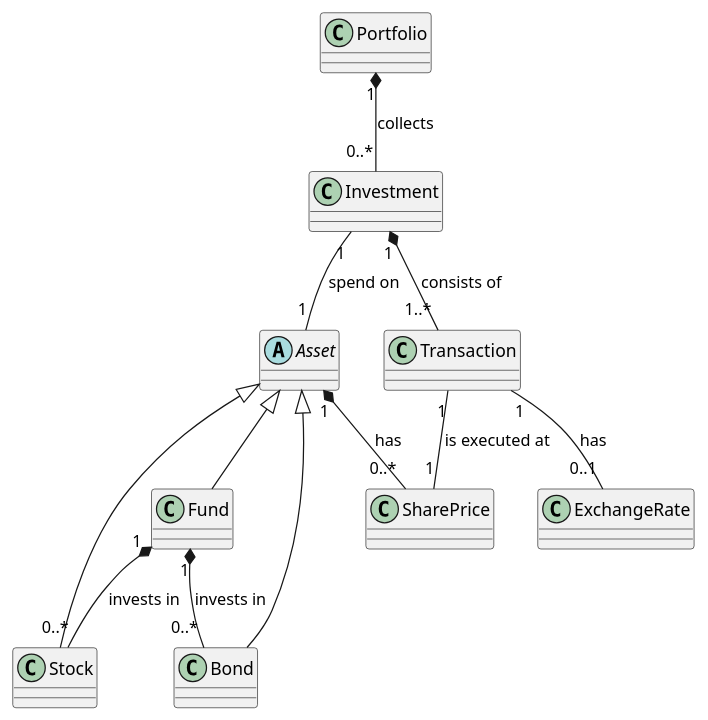
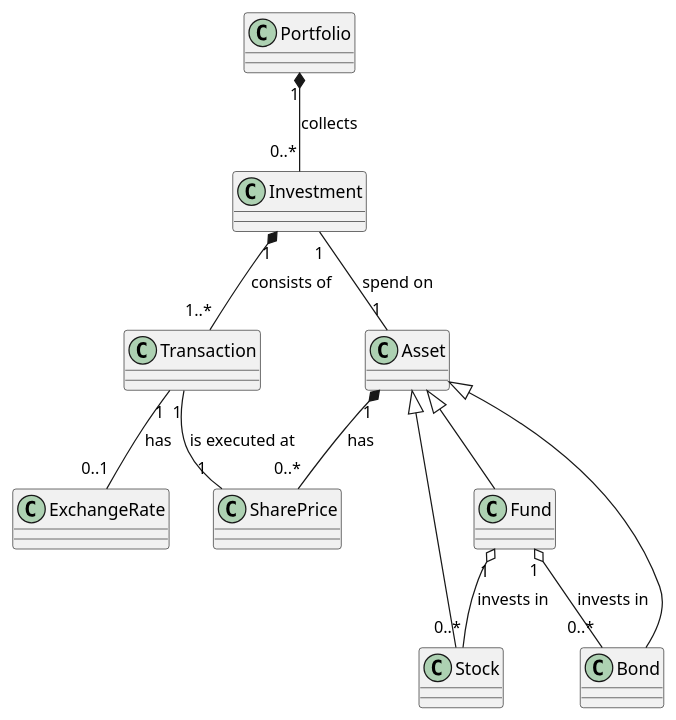
The diagram in docs/data_model.puml (ferraith/django-portfolio), drawn with PlantUML before and after one commit. The commit also changed 1 other file, not shown here.

Commit message:
ferraith#1: Refactored abstract Asset class to a multi-table inheritance pattern

```diff
--- a/docs/data_model.puml
+++ b/docs/data_model.puml
@@ -1,22 +1,20 @@
 @startuml
-
-abstract class Asset
 
 Portfolio "1" *-- "0..*" Investment : collects
 
 Investment "1" *-- "1..*" Transaction : consists of
 Investment "1" -- "1" Asset : spend on
 
 Asset <|-- Stock
 Asset <|-- Bond
 Asset <|-- Fund
 
 Transaction "1" -- "0..1" ExchangeRate : has
 Transaction "1" -- "1" SharePrice : is executed at
 
 Asset "1" *-- "0..*" SharePrice : has
 
-Fund "1" *-- "0..*" Stock : invests in
-Fund "1" *-- "0..*" Bond : invests in
+Fund "1" o-- "0..*" Stock : invests in
+Fund "1" o-- "0..*" Bond : invests in
 
 @enduml
```
